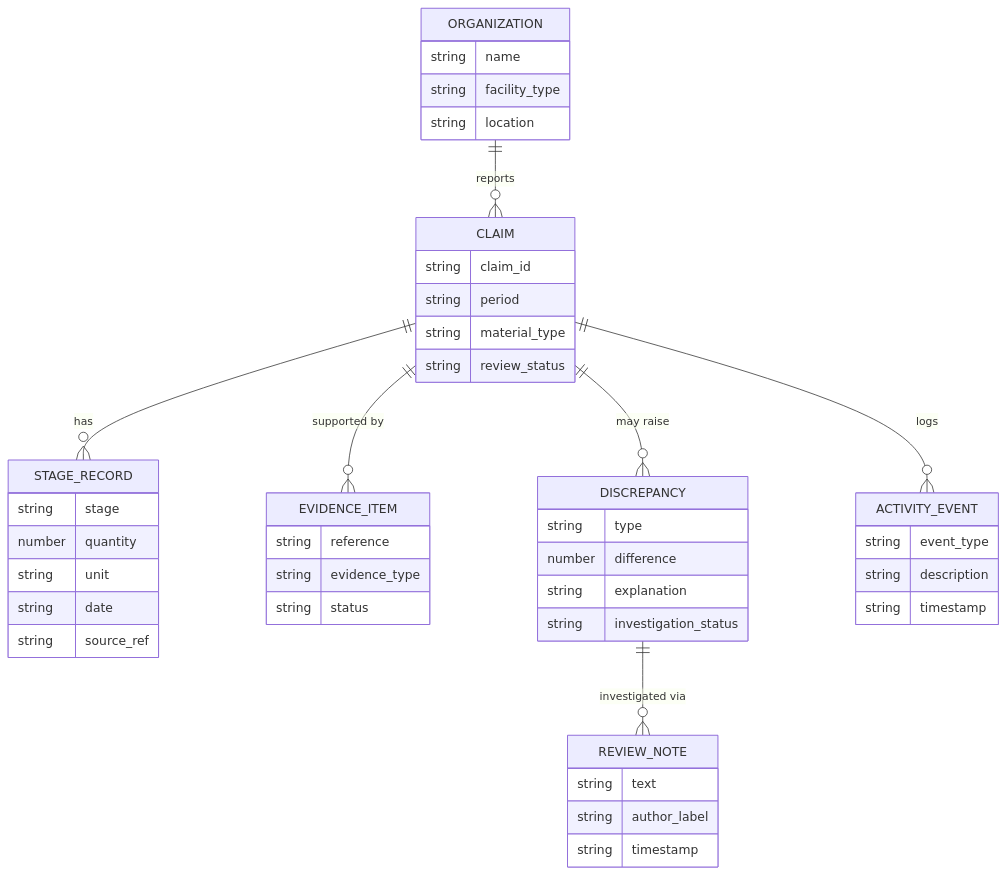
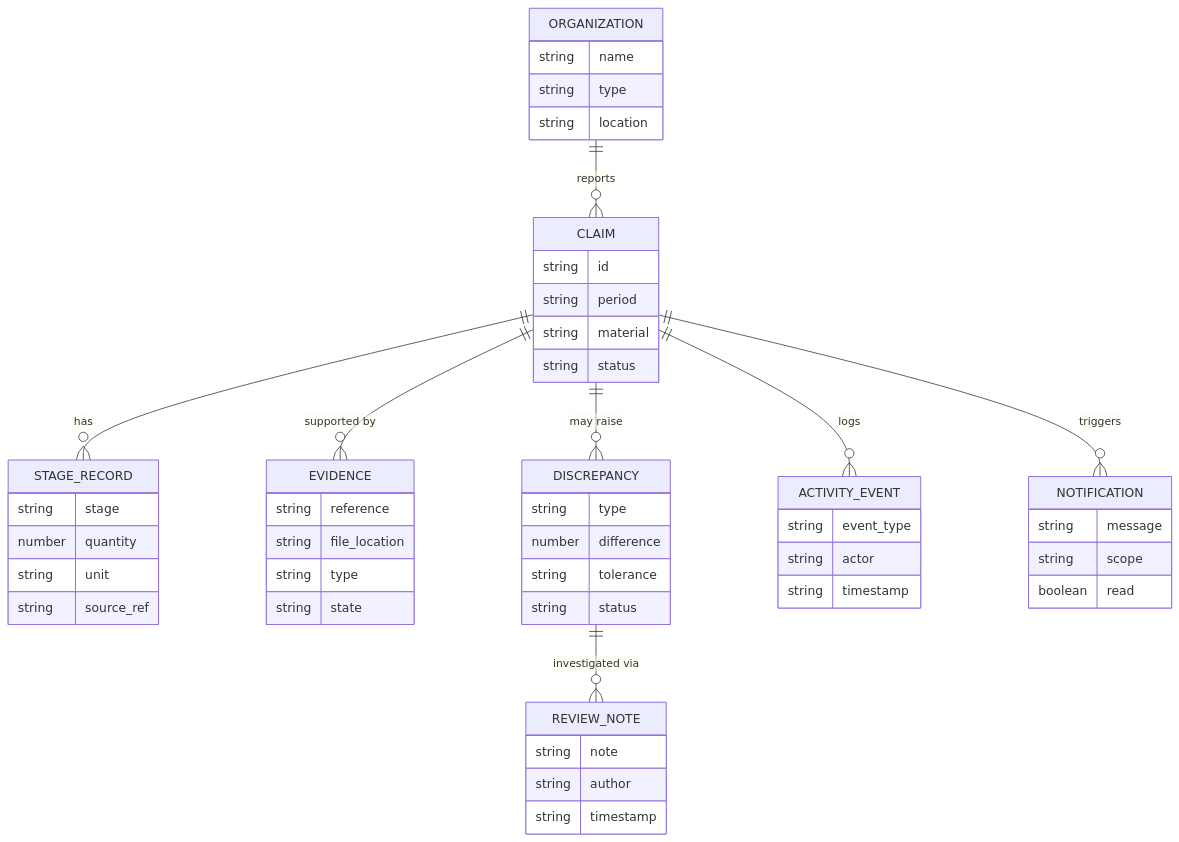
The third of 3 diagrams in README.md (Alcatraz234156/CycleProof), drawn with Mermaid before and after one commit. The commit also changed other lines of this file, not shown here.

````diff
--- a/README.md
+++ b/README.md
@@ -343,17 +527,19 @@
 ```mermaid
 erDiagram
     ORGANIZATION ||--o{ CLAIM : reports
     CLAIM ||--o{ STAGE_RECORD : "has"
-    CLAIM ||--o{ EVIDENCE_ITEM : "supported by"
+    CLAIM ||--o{ EVIDENCE : "supported by"
     CLAIM ||--o{ DISCREPANCY : "may raise"
     DISCREPANCY ||--o{ REVIEW_NOTE : "investigated via"
     CLAIM ||--o{ ACTIVITY_EVENT : "logs"
+    CLAIM ||--o{ NOTIFICATION : "triggers"
 
-    ORGANIZATION { string name string facility_type string location }
-    CLAIM { string claim_id string period string material_type string review_status }
-    STAGE_RECORD { string stage number quantity string unit string date string source_ref }
-    EVIDENCE_ITEM { string reference string evidence_type string status }
-    DISCREPANCY { string type number difference string explanation string investigation_status }
-    REVIEW_NOTE { string text string author_label string timestamp }
-    ACTIVITY_EVENT { string event_type string description string timestamp }
+    ORGANIZATION { string name string type string location }
+    CLAIM { string id string period string material string status }
+    STAGE_RECORD { string stage number quantity string unit string source_ref }
+    EVIDENCE { string reference string file_location string type string state }
+    DISCREPANCY { string type number difference string tolerance string status }
+    REVIEW_NOTE { string note string author string timestamp }
+    ACTIVITY_EVENT { string event_type string actor string timestamp }
+    NOTIFICATION { string message string scope boolean read }
 ```
````
